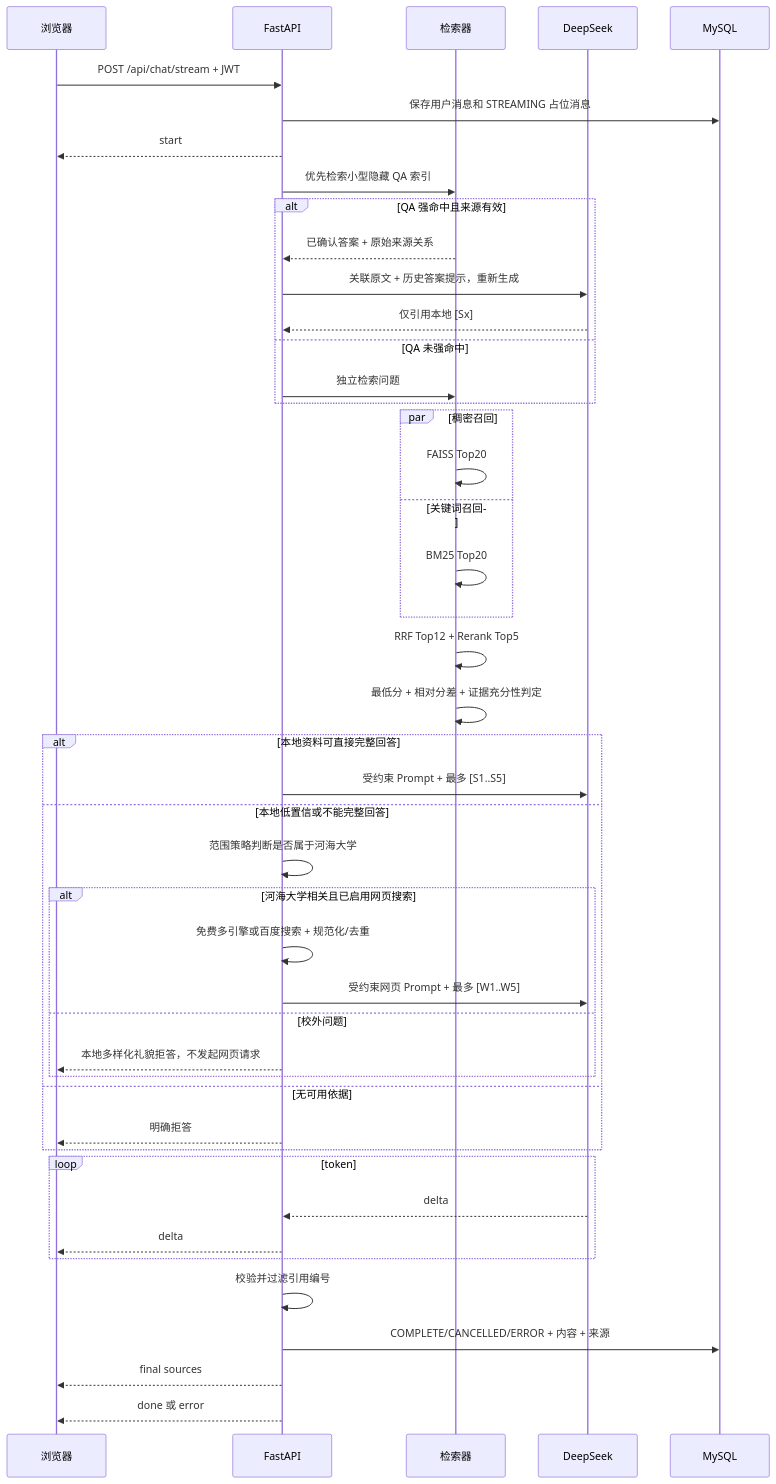
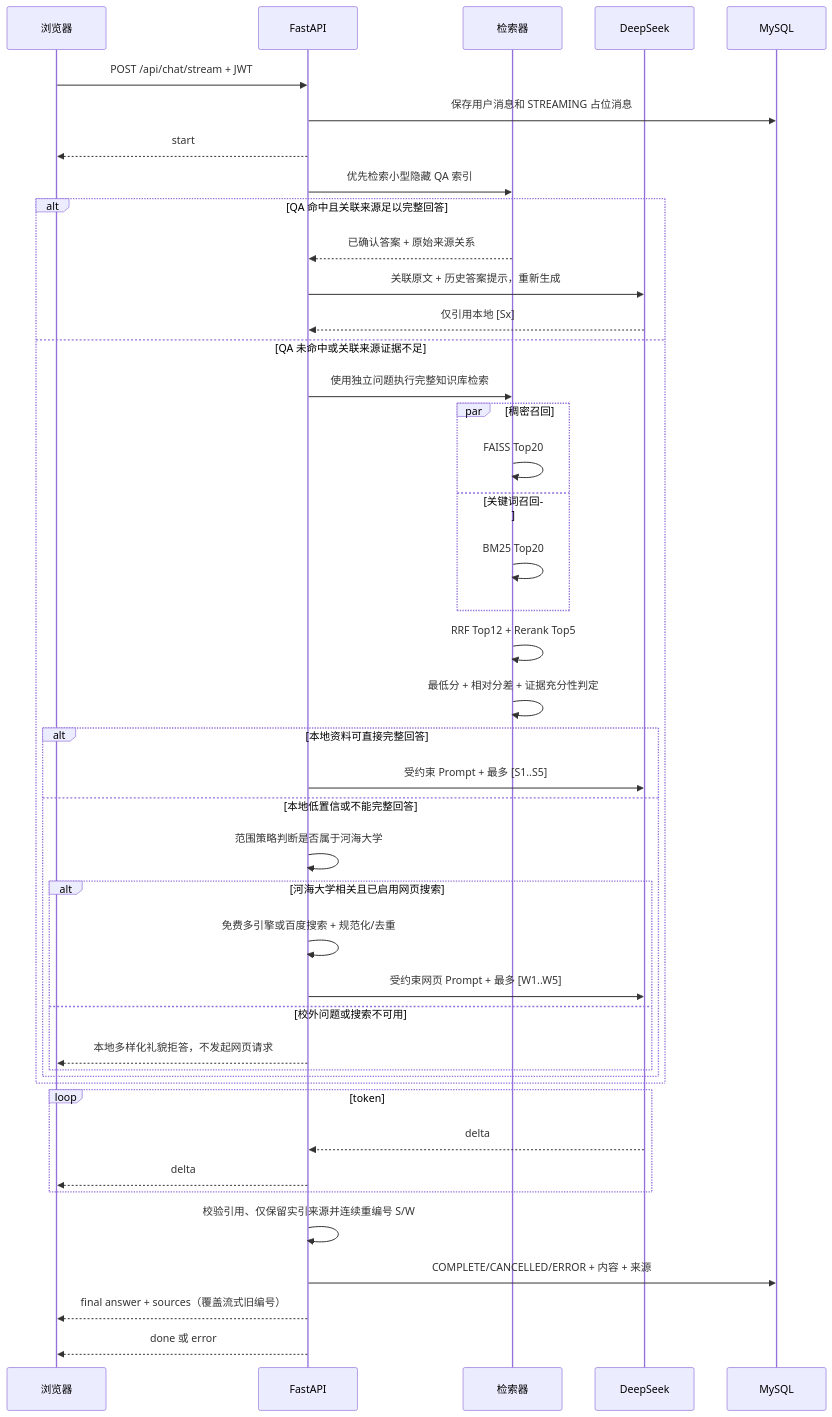
Before and after one commit to Wang-Ruibin/RAG: the second of 2 diagrams in docs/architecture.md, drawn with Mermaid. The commit also changed other lines of this file and 7 other files, not shown here.

````diff
--- a/docs/architecture.md
+++ b/docs/architecture.md
@@ -64,47 +66,45 @@
 ```mermaid
 sequenceDiagram
     participant C as 浏览器
     participant A as FastAPI
     participant R as 检索器
     participant D as DeepSeek
     participant M as MySQL
     C->>A: POST /api/chat/stream + JWT
     A->>M: 保存用户消息和 STREAMING 占位消息
     A-->>C: start
     A->>R: 优先检索小型隐藏 QA 索引
-    alt QA 强命中且来源有效
+    alt QA 命中且关联来源足以完整回答
         R-->>A: 已确认答案 + 原始来源关系
         A->>D: 关联原文 + 历史答案提示，重新生成
         D-->>A: 仅引用本地 [Sx]
-    else QA 未强命中
-        A->>R: 独立检索问题
-    end
-    par 稠密召回
-        R->>R: FAISS Top20
-    and 关键词召回
-        R->>R: BM25 Top20
-    end
-    R->>R: RRF Top12 + Rerank Top5
-    R->>R: 最低分 + 相对分差 + 证据充分性判定
-    alt 本地资料可直接完整回答
-        A->>D: 受约束 Prompt + 最多 [S1..S5]
-    else 本地低置信或不能完整回答
-        A->>A: 范围策略判断是否属于河海大学
-        alt 河海大学相关且已启用网页搜索
-            A->>A: 免费多引擎或百度搜索 + 规范化/去重
-            A->>D: 受约束网页 Prompt + 最多 [W1..W5]
-        else 校外问题
-            A-->>C: 本地多样化礼貌拒答，不发起网页请求
+    else QA 未命中或关联来源证据不足
+        A->>R: 使用独立问题执行完整知识库检索
+        par 稠密召回
+            R->>R: FAISS Top20
+        and 关键词召回
+            R->>R: BM25 Top20
         end
-    else 无可用依据
-        A-->>C: 明确拒答
+        R->>R: RRF Top12 + Rerank Top5
+        R->>R: 最低分 + 相对分差 + 证据充分性判定
+        alt 本地资料可直接完整回答
+            A->>D: 受约束 Prompt + 最多 [S1..S5]
+        else 本地低置信或不能完整回答
+            A->>A: 范围策略判断是否属于河海大学
+            alt 河海大学相关且已启用网页搜索
+                A->>A: 免费多引擎或百度搜索 + 规范化/去重
+                A->>D: 受约束网页 Prompt + 最多 [W1..W5]
+            else 校外问题或搜索不可用
+                A-->>C: 本地多样化礼貌拒答，不发起网页请求
+            end
+        end
     end
     loop token
         D-->>A: delta
         A-->>C: delta
     end
-    A->>A: 校验并过滤引用编号
+    A->>A: 校验引用、仅保留实引来源并连续重编号 S/W
     A->>M: COMPLETE/CANCELLED/ERROR + 内容 + 来源
-    A-->>C: final sources
+    A-->>C: final answer + sources（覆盖流式旧编号）
     A-->>C: done 或 error
 ```
````
